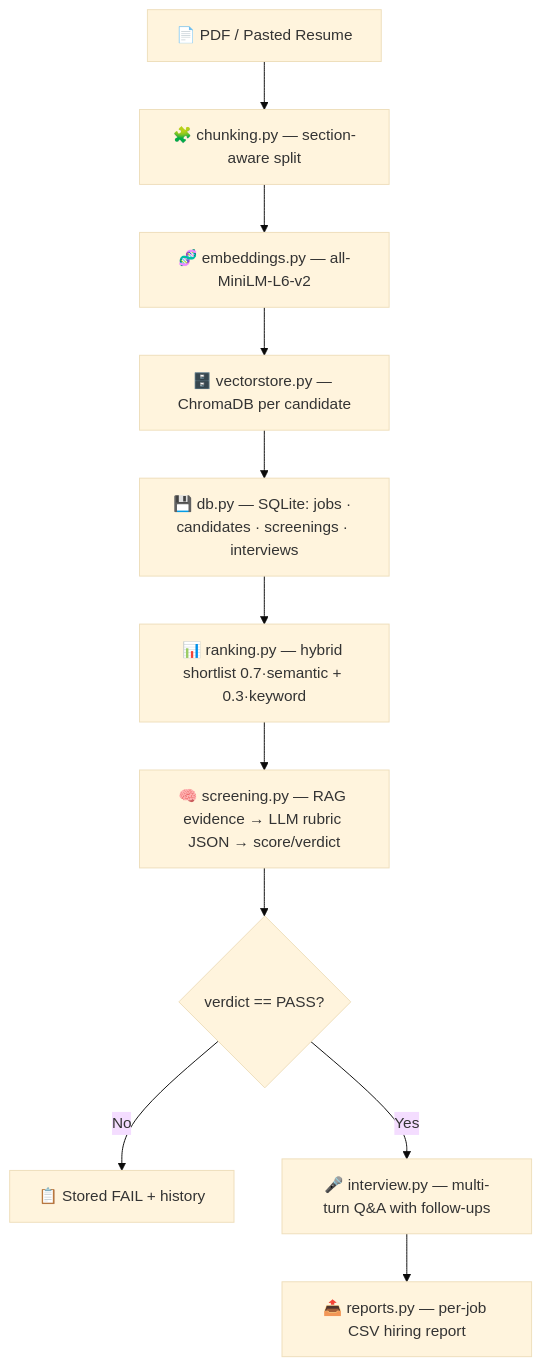
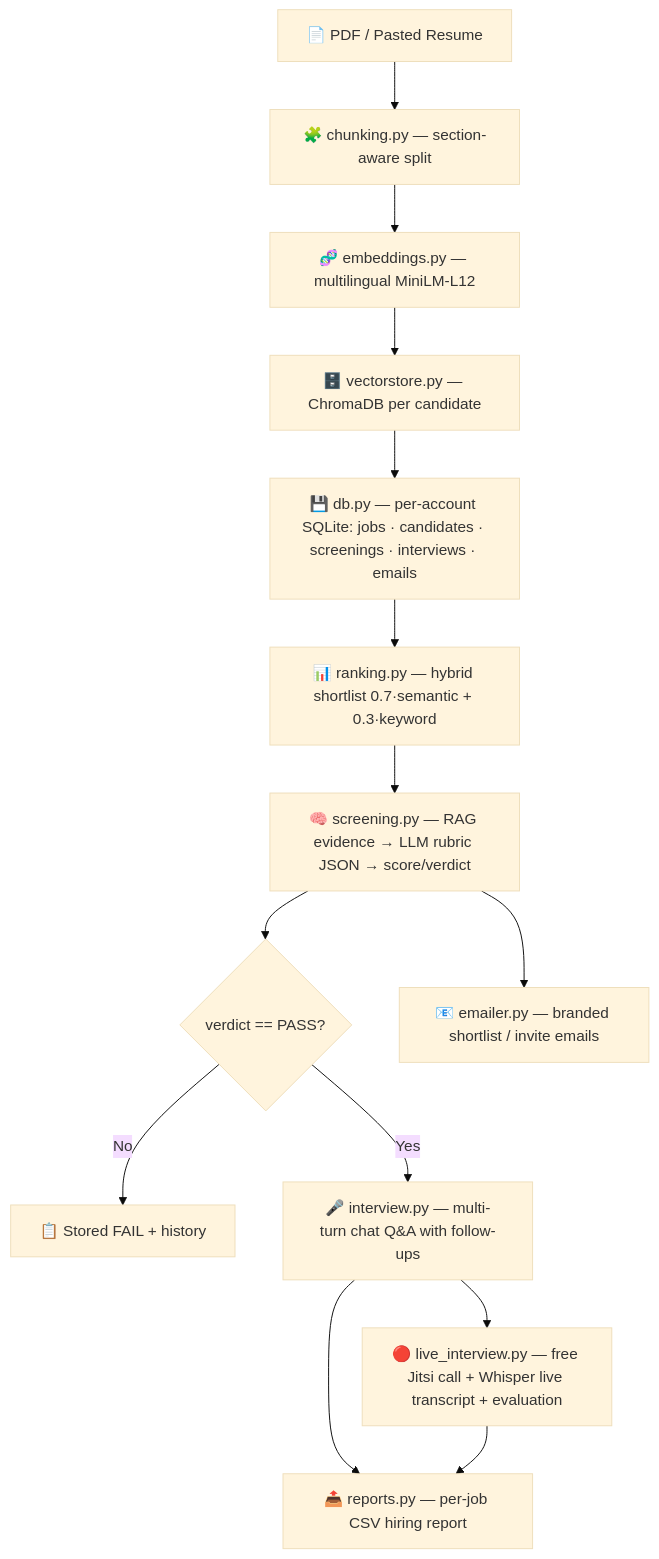
Before and after one commit to Ankush1461/ai-recruitment-system: the diagram in MANUAL.md, drawn with Mermaid (base theme). The commit also changed other lines of this file and 9 other files, not shown here.

````diff
--- a/MANUAL.md
+++ b/MANUAL.md
@@ -59,13 +68,16 @@
 ```mermaid
 flowchart TD
     A[📄 PDF / Pasted Resume] --> B[🧩 chunking.py — section-aware split]
-    B --> C[🧬 embeddings.py — all-MiniLM-L6-v2]
+    B --> C[🧬 embeddings.py — multilingual MiniLM-L12]
     C --> D[🗄️ vectorstore.py — ChromaDB per candidate]
-    D --> E[💾 db.py — SQLite: jobs · candidates · screenings · interviews]
+    D --> E[💾 db.py — per-account SQLite: jobs · candidates · screenings · interviews · emails]
     E --> F[📊 ranking.py — hybrid shortlist 0.7·semantic + 0.3·keyword]
     F --> G[🧠 screening.py — RAG evidence → LLM rubric JSON → score/verdict]
     G --> H{verdict == PASS?}
     H -- No --> I[📋 Stored FAIL + history]
-    H -- Yes --> J[🎤 interview.py — multi-turn Q&A with follow-ups]
-    J --> K[📤 reports.py — per-job CSV hiring report]
+    H -- Yes --> J[🎤 interview.py — multi-turn chat Q&A with follow-ups]
+    J --> L[🔴 live_interview.py — free Jitsi call + Whisper live transcript + evaluation]
+    G --> M[📧 emailer.py — branded shortlist / invite emails]
+    J --> N[📤 reports.py — per-job CSV hiring report]
+    L --> N
 ```
````
